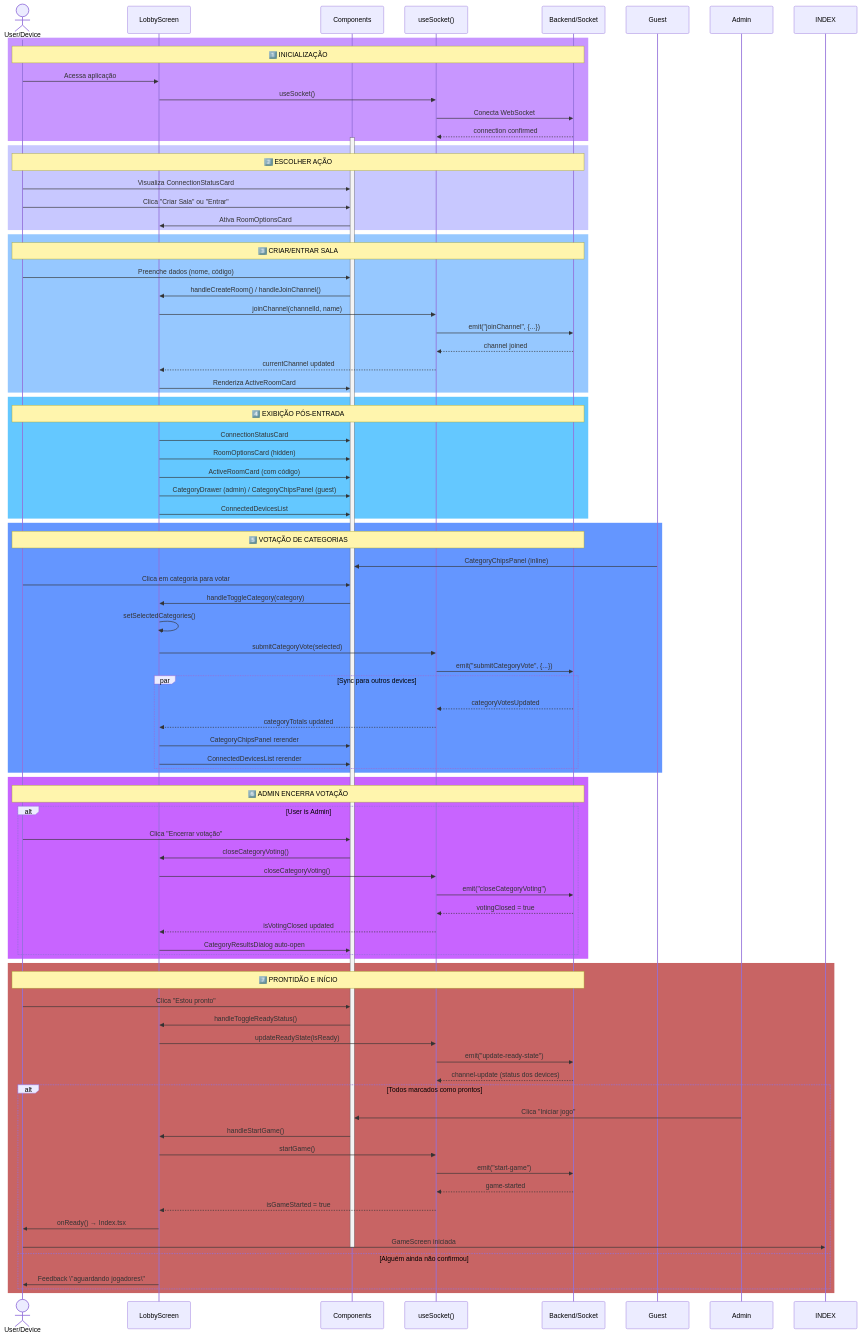
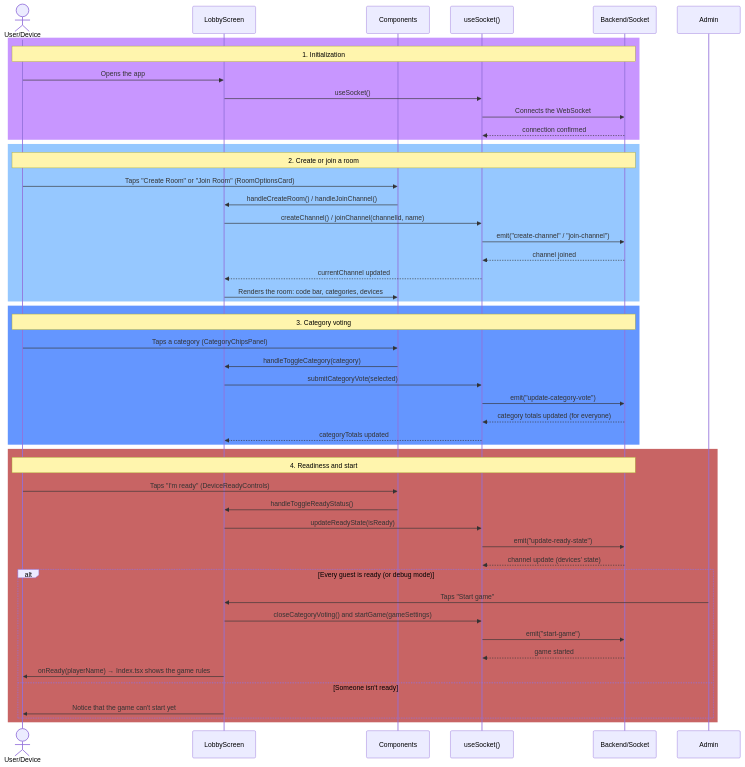
Before and after one commit to victordsgamorim/quiz-credo: the first of 2 diagrams in src/components/lobby/README.md, drawn with Mermaid. The commit also changed other lines of this file and 5 other files, not shown here.

````diff
--- a/src/components/lobby/README.md
+++ b/src/components/lobby/README.md
@@ -71,90 +91,49 @@
     participant SERVER as Backend/Socket
 
     rect rgb(200, 150, 255)
-        Note over User,SERVER: 1️⃣ INICIALIZAÇÃO
-        User->>LS: Acessa aplicação
+        Note over User,SERVER: 1. Initialization
+        User->>LS: Opens the app
         LS->>HOOK: useSocket()
-        HOOK->>SERVER: Conecta WebSocket
+        HOOK->>SERVER: Connects the WebSocket
         SERVER-->>HOOK: connection confirmed
-        activate CARD
-    end
-
-    rect rgb(200, 200, 255)
-        Note over User,SERVER: 2️⃣ ESCOLHER AÇÃO
-        User->>CARD: Visualiza ConnectionStatusCard
-        User->>CARD: Clica "Criar Sala" ou "Entrar"
-        CARD->>LS: Ativa RoomOptionsCard
     end
 
     rect rgb(150, 200, 255)
-        Note over User,SERVER: 3️⃣ CRIAR/ENTRAR SALA
-        User->>CARD: Preenche dados (nome, código)
+        Note over User,SERVER: 2. Create or join a room
+        User->>CARD: Taps "Create Room" or "Join Room" (RoomOptionsCard)
         CARD->>LS: handleCreateRoom() / handleJoinChannel()
-        LS->>HOOK: joinChannel(channelId, name)
-        HOOK->>SERVER: emit("joinChannel", {...})
+        LS->>HOOK: createChannel() / joinChannel(channelId, name)
+        HOOK->>SERVER: emit("create-channel" / "join-channel")
         SERVER-->>HOOK: channel joined
         HOOK-->>LS: currentChannel updated
-        LS->>CARD: Renderiza ActiveRoomCard
-    end
-
-    rect rgb(100, 200, 255)
-        Note over User,SERVER: 4️⃣ EXIBIÇÃO PÓS-ENTRADA
-        LS->>CARD: ConnectionStatusCard
-        LS->>CARD: RoomOptionsCard (hidden)
-        LS->>CARD: ActiveRoomCard (com código)
-        LS->>CARD: CategoryDrawer (admin) / CategoryChipsPanel (guest)
-        LS->>CARD: ConnectedDevicesList
+        LS->>CARD: Renders the room: code bar, categories, devices
     end
 
     rect rgb(100, 150, 255)
-        Note over User,SERVER: 5️⃣ VOTAÇÃO DE CATEGORIAS
-        Guest->>CARD: CategoryChipsPanel (inline)
-        User->>CARD: Clica em categoria para votar
+        Note over User,SERVER: 3. Category voting
+        User->>CARD: Taps a category (CategoryChipsPanel)
         CARD->>LS: handleToggleCategory(category)
-        LS->>LS: setSelectedCategories()
         LS->>HOOK: submitCategoryVote(selected)
-        HOOK->>SERVER: emit("submitCategoryVote", {...})
-
-        par Sync para outros devices
-            SERVER-->>HOOK: categoryVotesUpdated
-            HOOK-->>LS: categoryTotals updated
-            LS->>CARD: CategoryChipsPanel rerender
-            LS->>CARD: ConnectedDevicesList rerender
-        end
-    end
-
-    rect rgb(200, 100, 255)
-        Note over User,SERVER: 6️⃣ ADMIN ENCERRA VOTAÇÃO
-        alt User is Admin
-            User->>CARD: Clica "Encerrar votação"
-            CARD->>LS: closeCategoryVoting()
-            LS->>HOOK: closeCategoryVoting()
-            HOOK->>SERVER: emit("closeCategoryVoting")
-            SERVER-->>HOOK: votingClosed = true
-            HOOK-->>LS: isVotingClosed updated
-            LS->>CARD: CategoryResultsDialog auto-open
-        end
+        HOOK->>SERVER: emit("update-category-vote")
+        SERVER-->>HOOK: category totals updated (for everyone)
+        HOOK-->>LS: categoryTotals updated
     end
 
     rect rgb(200, 100, 100)
-        Note over User,SERVER: 7️⃣ PRONTIDÃO E INÍCIO
-        User->>CARD: Clica "Estou pronto"
+        Note over User,SERVER: 4. Readiness and start
+        User->>CARD: Taps "I'm ready" (DeviceReadyControls)
         CARD->>LS: handleToggleReadyStatus()
         LS->>HOOK: updateReadyState(isReady)
         HOOK->>SERVER: emit("update-ready-state")
-        SERVER-->>HOOK: channel-update (status dos devices)
-        alt Todos marcados como prontos
-            Admin->>CARD: Clica "Iniciar jogo"
-            CARD->>LS: handleStartGame()
-            LS->>HOOK: startGame()
+        SERVER-->>HOOK: channel update (devices' state)
+        alt Every guest is ready (or debug mode)
+            Admin->>LS: Taps "Start game"
+            LS->>HOOK: closeCategoryVoting() and startGame(gameSettings)
             HOOK->>SERVER: emit("start-game")
-            SERVER-->>HOOK: game-started
-            HOOK-->>LS: isGameStarted = true
-            LS->>User: onReady() → Index.tsx
-            User->>INDEX: GameScreen iniciada
-            deactivate CARD
-        else Alguém ainda não confirmou
-            LS->>User: Feedback \"aguardando jogadores\"
+            SERVER-->>HOOK: game started
+            LS->>User: onReady(playerName) → Index.tsx shows the game rules
+        else Someone isn't ready
+            LS->>User: Notice that the game can't start yet
         end
     end
 ```
````
